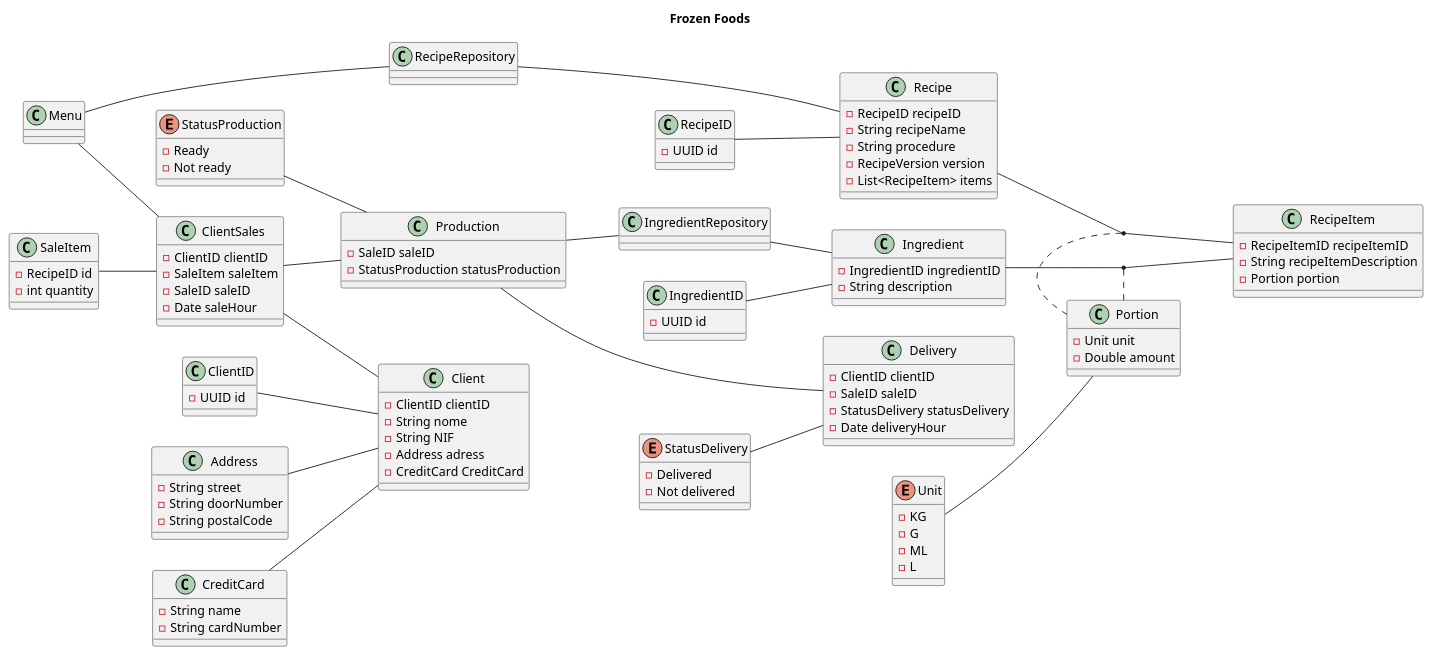
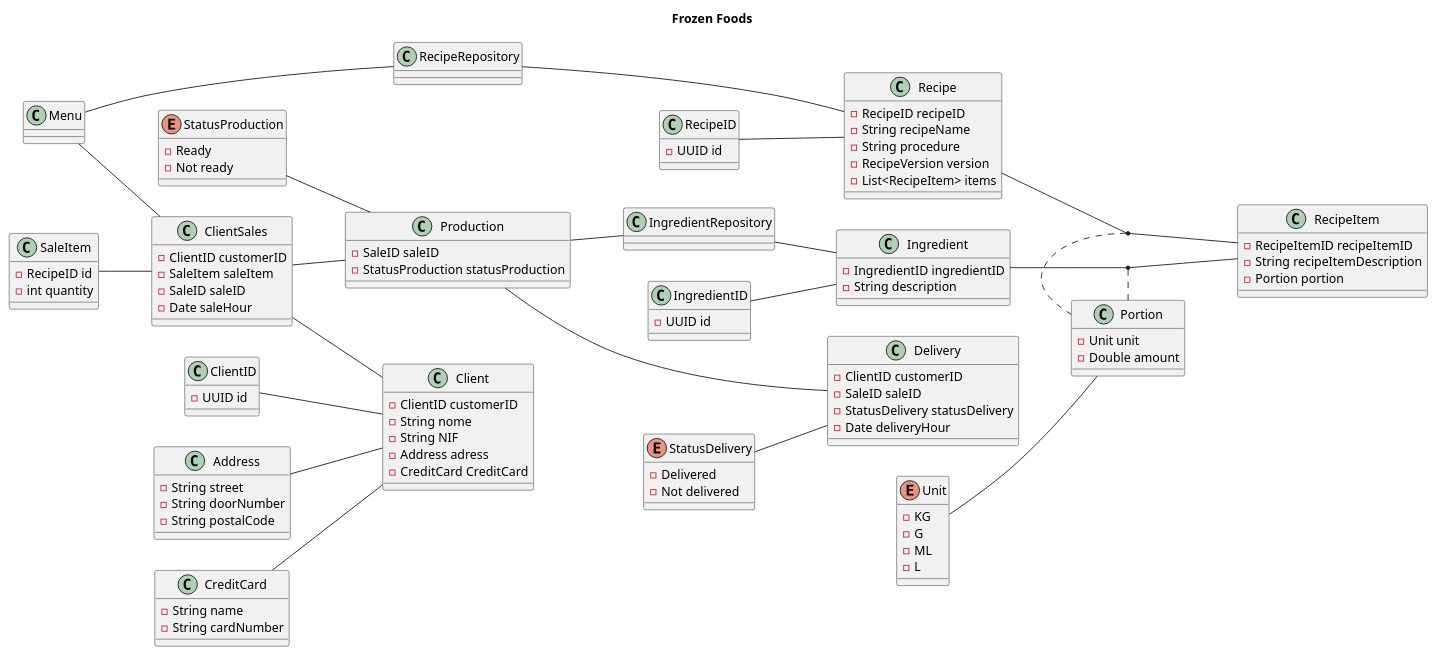
The diagram in documents/ModeloDominio.wsd (artesaosw/frozen_food), drawn with PlantUML before and after one commit. The commit also changed 35 other files, not shown here.

```diff
--- a/documents/ModeloDominio.wsd
+++ b/documents/ModeloDominio.wsd
@@ -1,135 +1,135 @@
 @startuml
 
 title Frozen Foods
 
 left to right direction
 
 class IngredientID{
     -UUID id 
 }
 
 class RecipeID{
     -UUID id 
 }
 
 class ClientID{
     -UUID id 
 }
 
 enum Unit{
     - KG
     - G 
     - ML 
     - L     
 }
 
 class Ingredient {
     -IngredientID ingredientID
     -String description
 }
 
 class Portion{
     -Unit unit
     -Double amount    
 }
 
 class RecipeItem{
     -RecipeItemID recipeItemID
     -String recipeItemDescription
     -Portion portion 
 }
 
 class Recipe{
     - RecipeID recipeID
     - String recipeName
     - String procedure
     - RecipeVersion version
     - List<RecipeItem> items       
 }
 
 class RecipeRepository{
 
 }
 
 class IngredientRepository{
 
 }
 
 class Menu{
 }
 
 class SaleItem{
     - RecipeID id
     - int quantity    
 }
 
 class ClientSales{
-    -ClientID clientID 
+    -ClientID customerID
     -SaleItem saleItem
     -SaleID saleID
     -Date saleHour     
 }
 
 class Production{
     -SaleID saleID
     -StatusProduction statusProduction     
 }
 
 enum StatusProduction{
     - Ready
     - Not ready 
 }
 
 enum StatusDelivery{
     - Delivered
     - Not delivered 
 }
 
 class Delivery{
-    -ClientID clientID 
+    -ClientID customerID
     -SaleID saleID
     -StatusDelivery statusDelivery 
     -Date deliveryHour
 }
 
 class Client{
-    - ClientID clientID
+    - ClientID customerID
     - String nome
     - String NIF 
     - Address adress
     - CreditCard CreditCard
 }
 
 class Address{
     -String street 
     -String doorNumber
     -String postalCode
 }
 
 class CreditCard{
     - String name 
     - String cardNumber    
 }
 
 Unit--Portion
 IngredientID--Ingredient
 RecipeID -- Recipe 
 Ingredient-- RecipeItem
 Recipe-- RecipeItem
 RecipeRepository - Recipe 
 IngredientRepository -- Ingredient
 RecipeRepository -up-- Menu
 Menu -down- ClientSales
 ClientSales -down- Production
 IngredientRepository -up-Production
 Production -down-- Delivery
 (Ingredient, RecipeItem).Portion
 (Recipe, RecipeItem).Portion
 CreditCard -- Client 
 ClientID -- Client 
 Address -- Client
 SaleItem -- ClientSales 
 StatusProduction -- Production
 StatusDelivery -- Delivery
 ClientSales -down- Client
 @enduml
```
